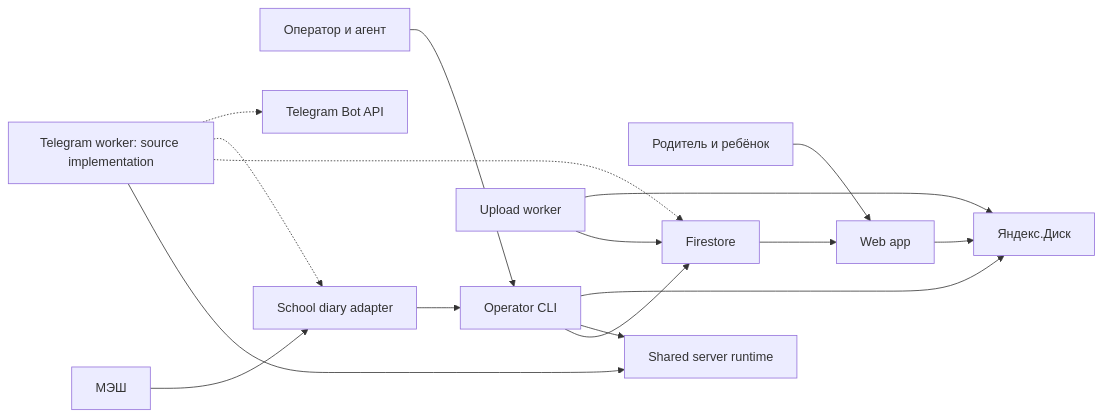
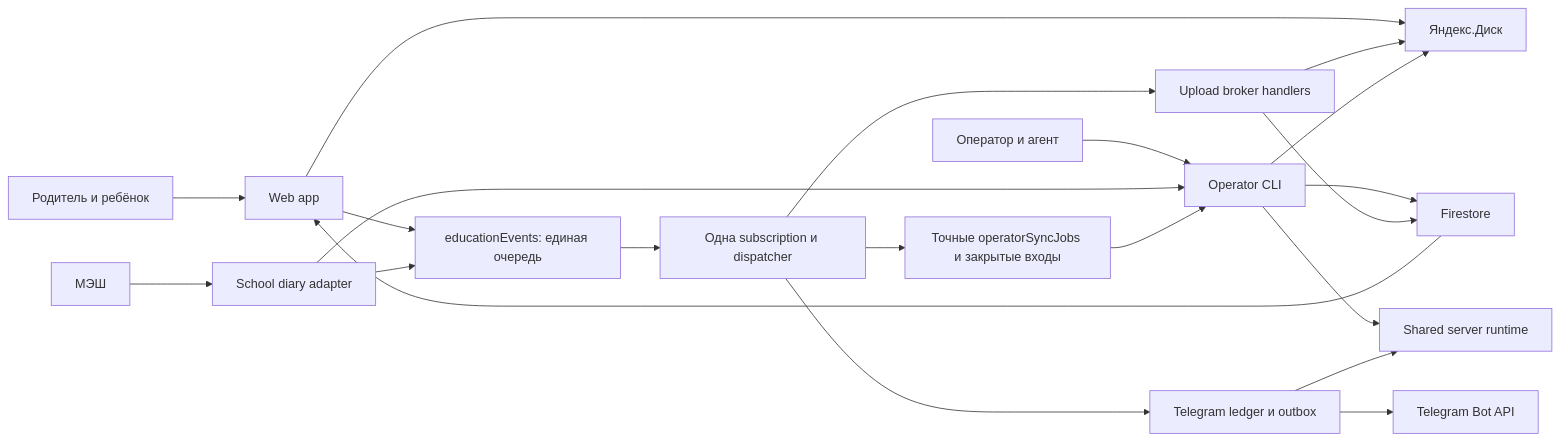
Before and after one commit to RubaXa/education-quizzes: the diagram in ARCHITECTURE.md, drawn with Mermaid. The commit also changed other lines of this file and 81 other files, not shown here.

````diff
--- a/ARCHITECTURE.md
+++ b/ARCHITECTURE.md
@@ -43,18 +44,23 @@
 ```mermaid
 flowchart LR
   Family[Родитель и ребёнок] --> Web[Web app]
   Operator[Оператор и агент] --> CLI[Operator CLI]
   Mesh[МЭШ] --> Diary[School diary adapter]
   Diary --> CLI
   CLI --> DB[Firestore]
   CLI --> Core[Shared server runtime]
   Telegram --> Core
   DB --> Web
   Web --> Disk[Яндекс.Диск]
-  Worker[Upload worker] --> DB
+  Web --> Events[educationEvents: единая очередь]
+  Diary --> Events
+  Events --> Consumer[Одна subscription и dispatcher]
+  Consumer --> Worker[Upload broker handlers]
+  Consumer --> Tasks[Точные operatorSyncJobs и закрытые входы]
+  Tasks --> CLI
+  Worker --> DB
   Worker --> Disk
   CLI --> Disk
-  Telegram[Telegram worker: source implementation] -.-> DB
-  Telegram -.-> Diary
-  Telegram -.-> BotAPI[Telegram Bot API]
+  Consumer --> Telegram[Telegram ledger и outbox]
+  Telegram --> BotAPI[Telegram Bot API]
 ```
````
